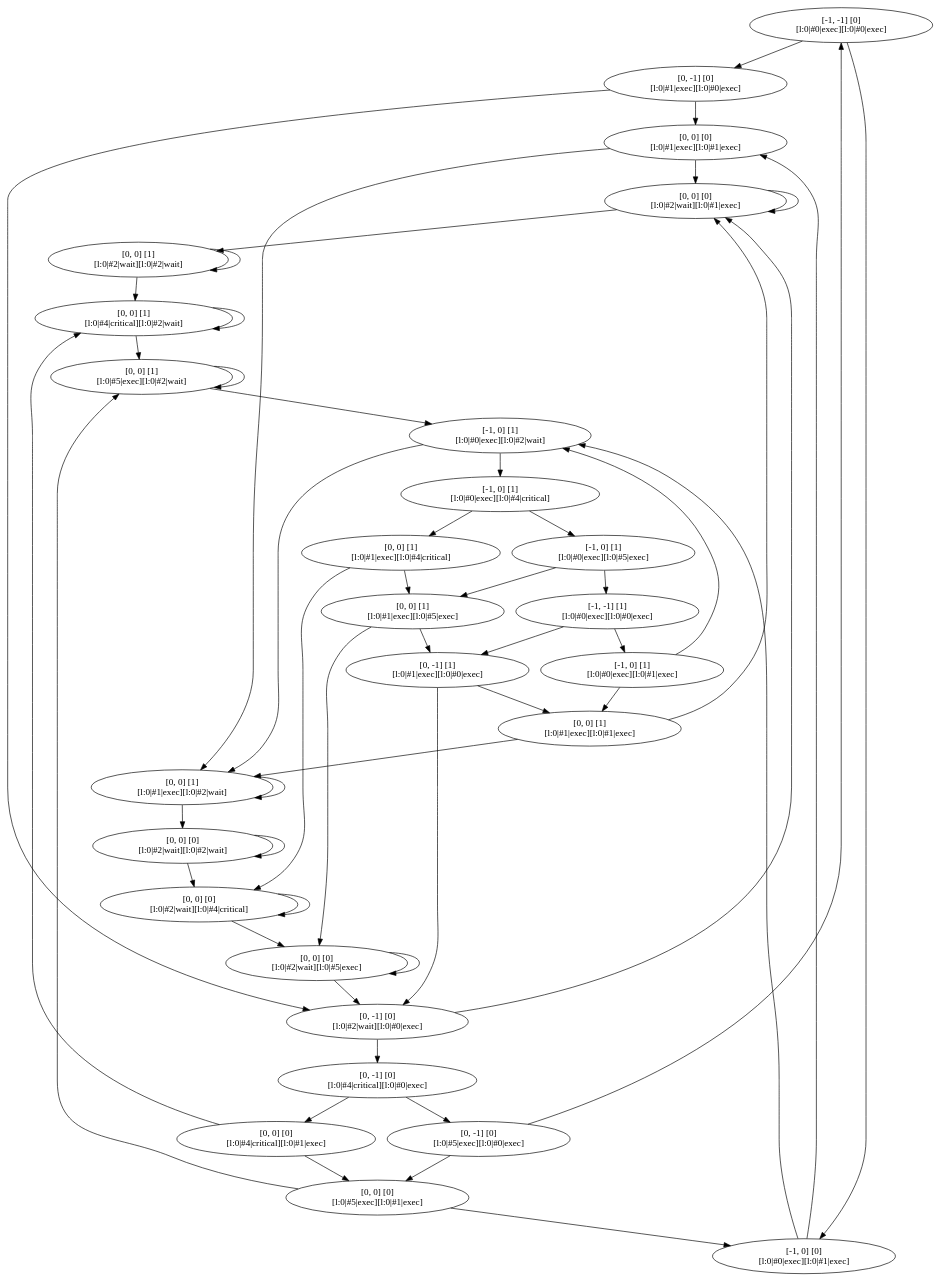
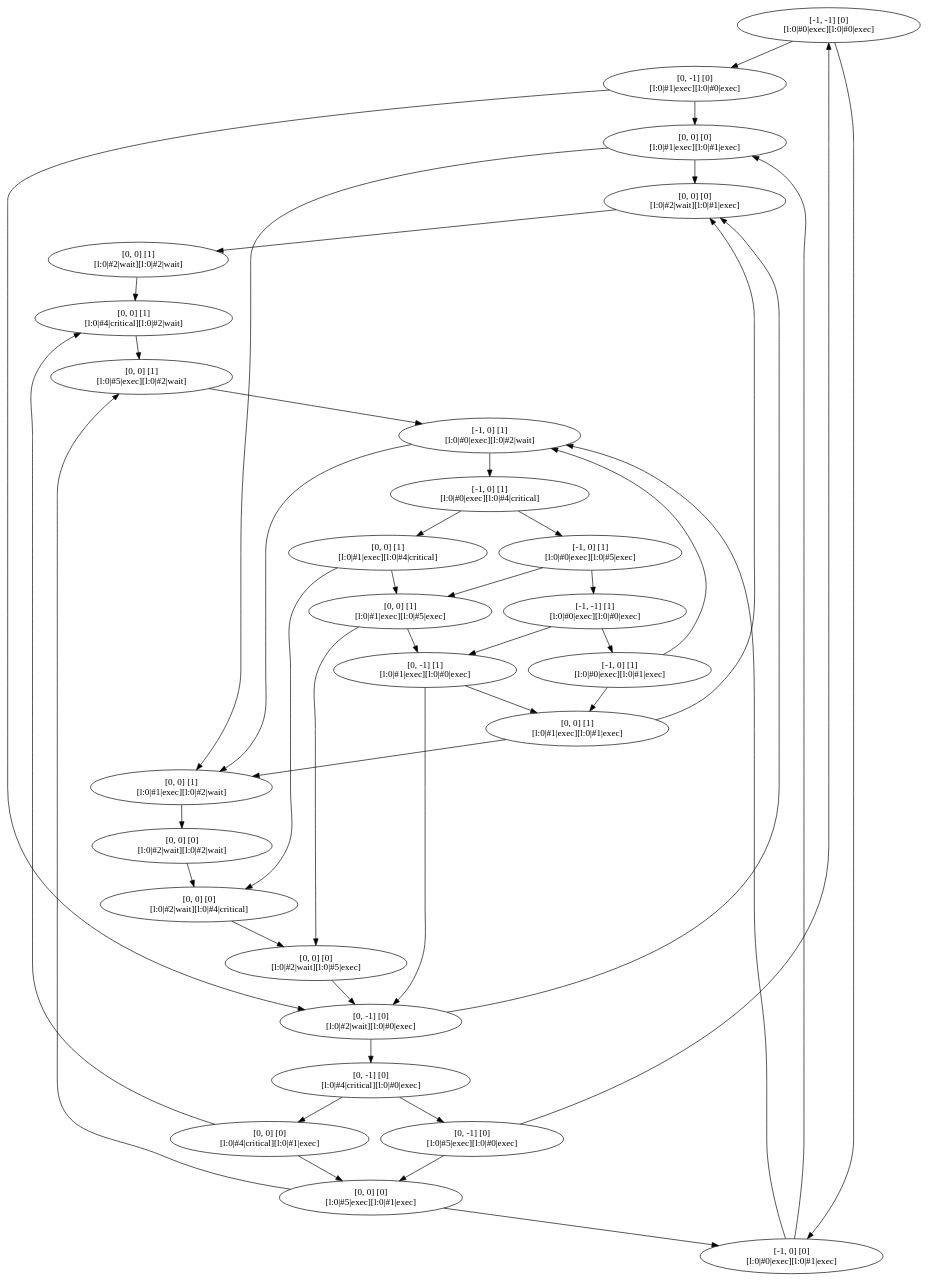
One commit to JoshuaMoelans/BDD_AlgoStudy changed the diagram in output/TS_P2.dot. Above: the diagram before and after it, drawn with Graphviz. The commit also changed 5 other files, not shown here.

```diff
--- a/output/TS_P2.dot
+++ b/output/TS_P2.dot
@@ -1,81 +1,73 @@
 digraph G {
 0 [label="[-1, -1] [0]\n[l:0|#0|exec][l:0|#0|exec]"]
 1 [label="[0, -1] [0]\n[l:0|#1|exec][l:0|#0|exec]"]
 4 [label="[0, 0] [0]\n[l:0|#1|exec][l:0|#1|exec]"]
 2 [label="[-1, 0] [0]\n[l:0|#0|exec][l:0|#1|exec]"]
 3 [label="[0, -1] [0]\n[l:0|#2|wait][l:0|#0|exec]"]
 6 [label="[-1, 0] [1]\n[l:0|#0|exec][l:0|#2|wait]"]
 7 [label="[0, -1] [0]\n[l:0|#4|critical][l:0|#0|exec]"]
 8 [label="[0, 0] [0]\n[l:0|#2|wait][l:0|#1|exec]"]
 10 [label="[0, 0] [1]\n[l:0|#1|exec][l:0|#2|wait]"]
 12 [label="[-1, 0] [1]\n[l:0|#0|exec][l:0|#4|critical]"]
 13 [label="[0, -1] [0]\n[l:0|#5|exec][l:0|#0|exec]"]
 14 [label="[0, 0] [0]\n[l:0|#4|critical][l:0|#1|exec]"]
 16 [label="[0, 0] [1]\n[l:0|#2|wait][l:0|#2|wait]"]
 17 [label="[0, 0] [0]\n[l:0|#2|wait][l:0|#2|wait]"]
 19 [label="[0, 0] [1]\n[l:0|#1|exec][l:0|#4|critical]"]
 20 [label="[-1, 0] [1]\n[l:0|#0|exec][l:0|#5|exec]"]
 28 [label="[0, 0] [0]\n[l:0|#2|wait][l:0|#4|critical]"]
 24 [label="[0, 0] [1]\n[l:0|#4|critical][l:0|#2|wait]"]
 22 [label="[0, 0] [0]\n[l:0|#5|exec][l:0|#1|exec]"]
 30 [label="[0, 0] [1]\n[l:0|#1|exec][l:0|#5|exec]"]
 32 [label="[-1, -1] [1]\n[l:0|#0|exec][l:0|#0|exec]"]
 34 [label="[0, 0] [1]\n[l:0|#5|exec][l:0|#2|wait]"]
 38 [label="[0, 0] [0]\n[l:0|#2|wait][l:0|#5|exec]"]
 40 [label="[0, -1] [1]\n[l:0|#1|exec][l:0|#0|exec]"]
 42 [label="[-1, 0] [1]\n[l:0|#0|exec][l:0|#1|exec]"]
 48 [label="[0, 0] [1]\n[l:0|#1|exec][l:0|#1|exec]"]
 0 -> 1
 0 -> 2
 1 -> 3
 1 -> 4
 2 -> 4
 2 -> 6
 3 -> 7
 3 -> 8
 4 -> 8
 4 -> 10
 6 -> 10
 6 -> 12
 7 -> 13
 7 -> 14
-8 -> 8
 8 -> 16
 10 -> 17
-10 -> 10
 12 -> 19
 12 -> 20
 13 -> 0
 13 -> 22
 14 -> 22
 14 -> 24
 16 -> 24
-16 -> 16
-17 -> 17
 17 -> 28
 19 -> 28
 19 -> 30
 20 -> 30
 20 -> 32
 22 -> 2
 22 -> 34
 24 -> 34
-24 -> 24
-28 -> 28
 28 -> 38
 30 -> 38
 30 -> 40
 32 -> 40
 32 -> 42
 34 -> 6
-34 -> 34
-38 -> 38
 38 -> 3
 40 -> 3
 40 -> 48
 42 -> 48
 42 -> 6
 48 -> 8
 48 -> 10
 
 }
```
